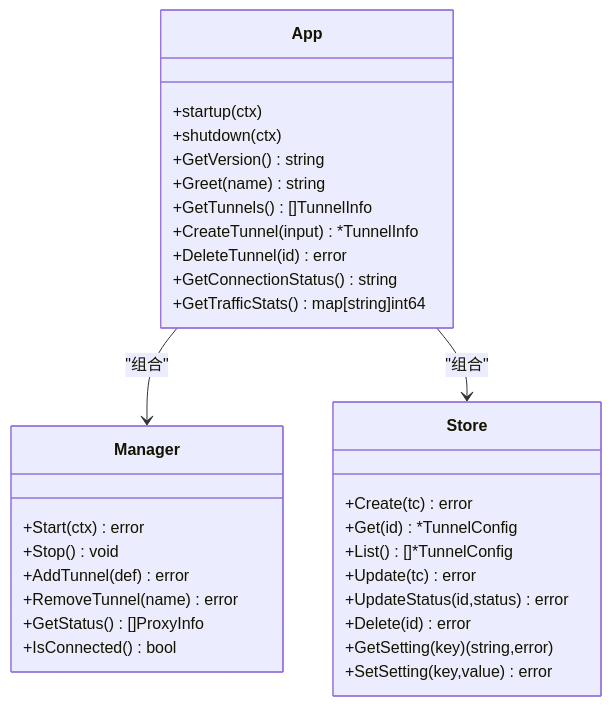
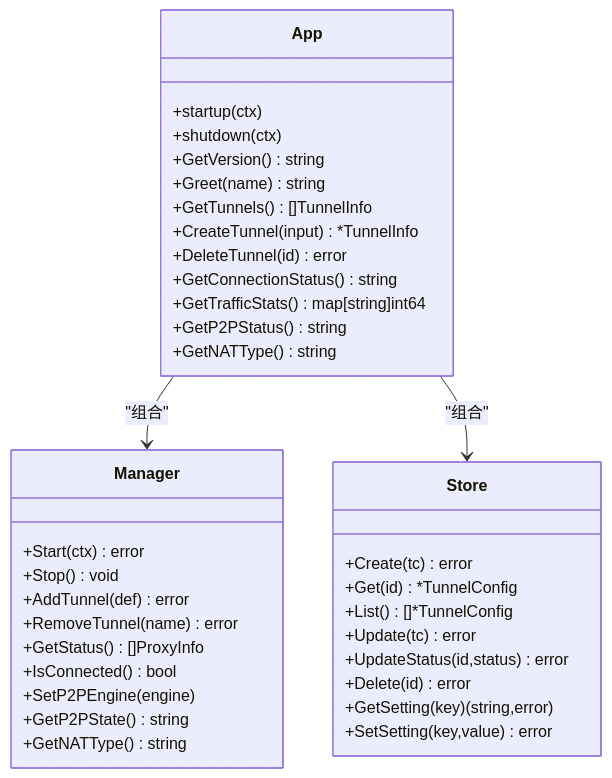
The third of 15 diagrams in .qoder/repowiki/zh/content/桌面端应用/桌面端应用.md (itsharex/NexTunnel), drawn with Mermaid before and after one commit. The commit also changed other lines of this file and 6 other files, not shown here.

First line of the commit message:
docs(progress): 更新项目进度，标记 Phase 2 完成并完善相关文档和视图

````diff
--- a/.qoder/repowiki/zh/content/桌面端应用/桌面端应用.md
+++ b/.qoder/repowiki/zh/content/桌面端应用/桌面端应用.md
@@ -116,34 +146,39 @@
 ```mermaid
 classDiagram
 class App {
 +startup(ctx)
 +shutdown(ctx)
 +GetVersion() string
 +Greet(name) string
 +GetTunnels() []TunnelInfo
 +CreateTunnel(input) *TunnelInfo
 +DeleteTunnel(id) error
 +GetConnectionStatus() string
 +GetTrafficStats() map[string]int64
++GetP2PStatus() string
++GetNATType() string
 }
 class Manager {
 +Start(ctx) error
 +Stop() void
 +AddTunnel(def) error
 +RemoveTunnel(name) error
 +GetStatus() []ProxyInfo
 +IsConnected() bool
++SetP2PEngine(engine)
++GetP2PState() string
++GetNATType() string
 }
 class Store {
 +Create(tc) error
 +Get(id) *TunnelConfig
 +List() []*TunnelConfig
 +Update(tc) error
 +UpdateStatus(id,status) error
 +Delete(id) error
 +GetSetting(key) (string,error)
 +SetSetting(key,value) error
 }
 App --> Manager : "组合"
 App --> Store : "组合"
 ```
````
